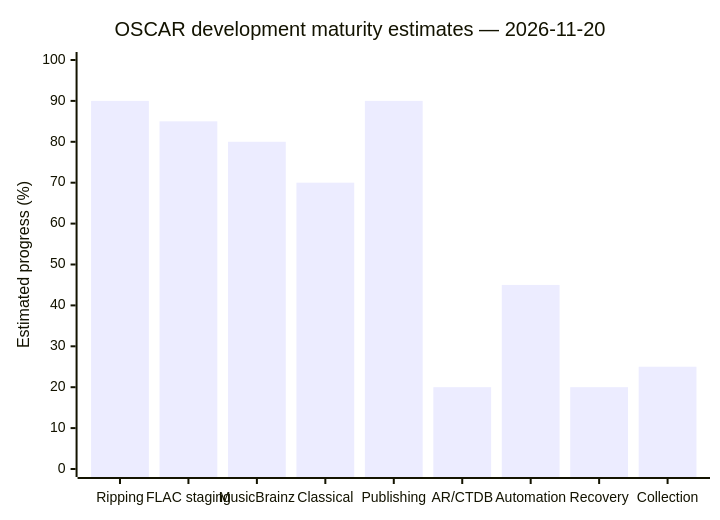
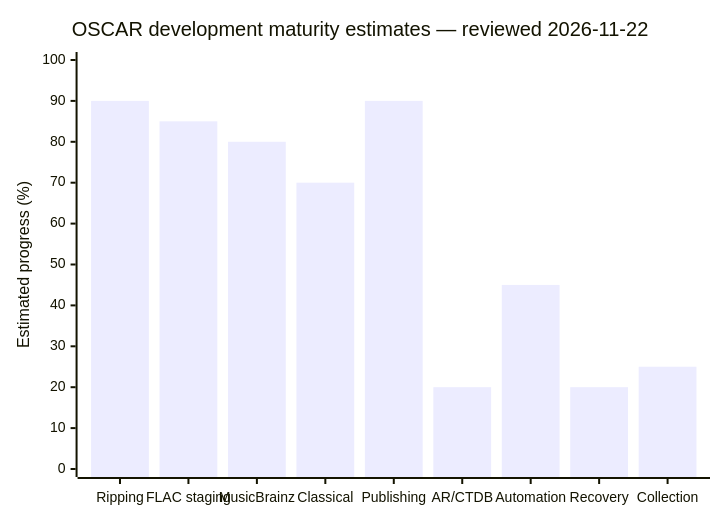
One commit to sin7ek/OSCAR changed the diagram in docs/PROGRESS.md. Above: the diagram before and after it, drawn with Mermaid. The commit also changed other lines of this file and 6 other files, not shown here.

````diff
--- a/docs/PROGRESS.md
+++ b/docs/PROGRESS.md
@@ -247,7 +265,7 @@
 ```mermaid
 xychart-beta
-    title "OSCAR development maturity estimates — 2026-11-20"
+    title "OSCAR development maturity estimates — reviewed 2026-11-22"
     x-axis ["Ripping", "FLAC staging", "MusicBrainz", "Classical", "Publishing", "AR/CTDB", "Automation", "Recovery", "Collection"]
     y-axis "Estimated progress (%)" 0 --> 100
     bar [90, 85, 80, 70, 90, 20, 45, 20, 25]
 ```
````
